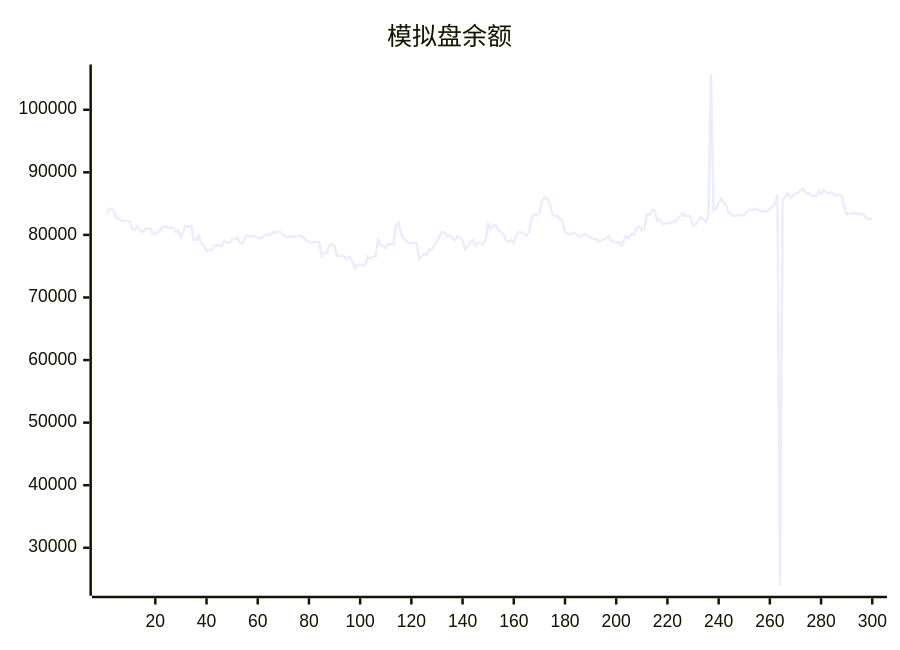
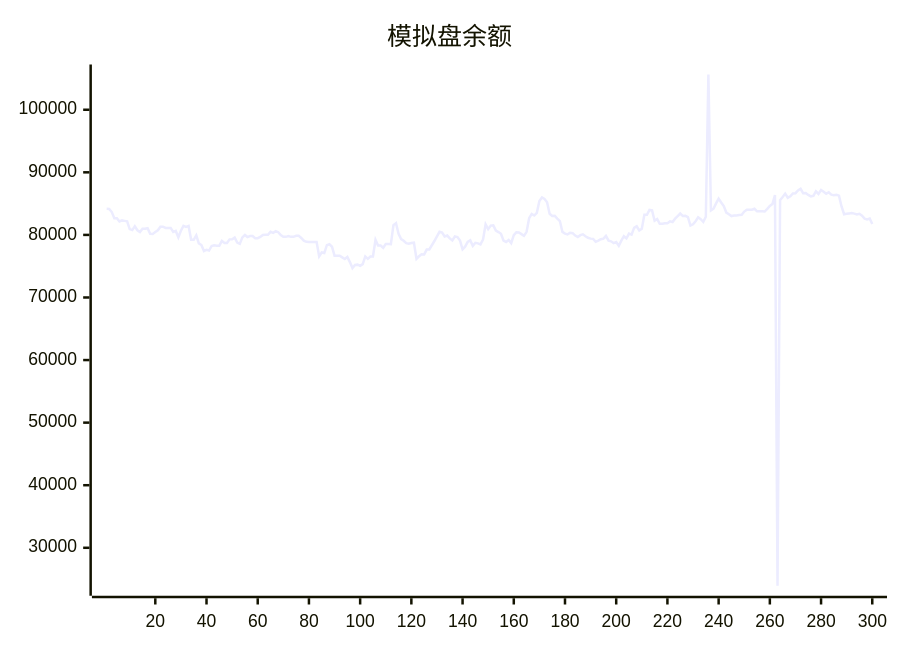
The diagram in README.md (aahl/ai-trading), drawn with Mermaid before and after one commit. The commit also changed other lines of this file and 1 other file, not shown here.

````diff
--- a/README.md
+++ b/README.md
@@ -5,5 +5,5 @@
 ```mermaid
 xychart
     title "模拟盘余额"
-    line [83402,84160,84142,83652,82655,82655,82145,82315,82243,82163,80934,80770,81371,80742,80468,80989,80989,81067,80191,80155,80450,80737,81309,81309,81106,81119,81119,80471,80631,79624,80670,81448,81290,81429,79212,79222,79940,78643,78380,77432,77623,77504,78235,78358,78284,78277,79048,78714,78714,79290,79308,79567,78763,78563,79603,79988,79652,79813,79813,79476,79469,79673,79995,80015,80015,80486,80314,80600,80436,79966,79689,79689,79819,79692,79692,79850,79850,79518,79071,78889,78850,78850,78878,78878,76554,77202,77103,78357,78510,78106,76678,76677,76672,76411,76159,76485,75656,74695,75197,75246,75052,75334,76564,76179,76553,76551,79196,78300,78300,77944,78531,78531,78521,81564,81884,80160,79335,79055,78675,78580,78708,78764,76179,76586,76902,76876,77658,77669,78346,79023,79769,80497,80366,79761,79896,79448,79126,79749,79658,79097,77695,78114,78888,79126,78249,78738,78653,78478,79271,81680,80923,81488,81527,80681,80455,80190,79084,78879,79193,78686,79954,80403,80374,80118,79848,80491,82665,83351,83098,83525,85430,85983,85737,85221,83378,83014,83043,82613,82216,80477,80208,80081,80348,80277,79894,79670,79965,80093,79786,79542,79406,79371,78893,79087,79304,79406,79841,79072,78978,78696,78846,78272,79085,79787,79442,80198,80031,81120,81379,80718,80985,83214,83212,83993,83921,82270,82547,81776,81776,81866,81866,82158,82061,82596,83000,83408,83041,83050,82858,81503,81691,82188,82812,82517,82092,82901,105633,83898,84180,85030,85781,85178,84604,83569,83298,83008,83093,83107,83175,83228,83729,84025,84017,84019,84177,83775,83762,83785,83738,84160,84639,84939,86370,23934,85548,86046,86599,85942,86161,86622,86664,87115,87369,86666,86685,86384,86152,86243,86969,86548,87164,86885,86566,86809,86427,86348,86417,86273,84538,83299,83369,83430,83490,83404,83270,83362,83056,82605,82459,82614]
+    line [84160,84142,83652,82655,82655,82145,82315,82243,82163,80934,80770,81371,80742,80468,80989,80989,81067,80191,80155,80450,80737,81309,81309,81106,81119,81119,80471,80631,79624,80670,81448,81290,81429,79212,79222,79940,78643,78380,77432,77623,77504,78235,78358,78284,78277,79048,78714,78714,79290,79308,79567,78763,78563,79603,79988,79652,79813,79813,79476,79469,79673,79995,80015,80015,80486,80314,80600,80436,79966,79689,79689,79819,79692,79692,79850,79850,79518,79071,78889,78850,78850,78878,78878,76554,77202,77103,78357,78510,78106,76678,76677,76672,76411,76159,76485,75656,74695,75197,75246,75052,75334,76564,76179,76553,76551,79196,78300,78300,77944,78531,78531,78521,81564,81884,80160,79335,79055,78675,78580,78708,78764,76179,76586,76902,76876,77658,77669,78346,79023,79769,80497,80366,79761,79896,79448,79126,79749,79658,79097,77695,78114,78888,79126,78249,78738,78653,78478,79271,81680,80923,81488,81527,80681,80455,80190,79084,78879,79193,78686,79954,80403,80374,80118,79848,80491,82665,83351,83098,83525,85430,85983,85737,85221,83378,83014,83043,82613,82216,80477,80208,80081,80348,80277,79894,79670,79965,80093,79786,79542,79406,79371,78893,79087,79304,79406,79841,79072,78978,78696,78846,78272,79085,79787,79442,80198,80031,81120,81379,80718,80985,83214,83212,83993,83921,82270,82547,81776,81776,81866,81866,82158,82061,82596,83000,83408,83041,83050,82858,81503,81691,82188,82812,82517,82092,82901,105633,83898,84180,85030,85781,85178,84604,83569,83298,83008,83093,83107,83175,83228,83729,84025,84017,84019,84177,83775,83762,83785,83738,84160,84639,84939,86370,23934,85548,86046,86599,85942,86161,86622,86664,87115,87369,86666,86685,86384,86152,86243,86969,86548,87164,86885,86566,86809,86427,86348,86417,86273,84538,83299,83369,83430,83490,83404,83270,83362,83056,82605,82459,82614,81734]
 ```
````
